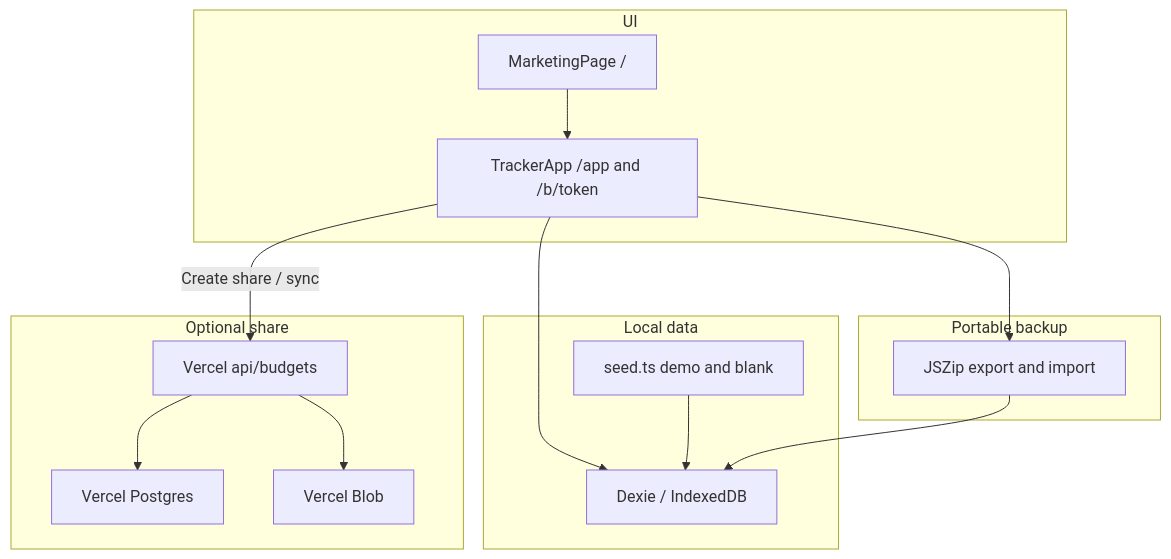
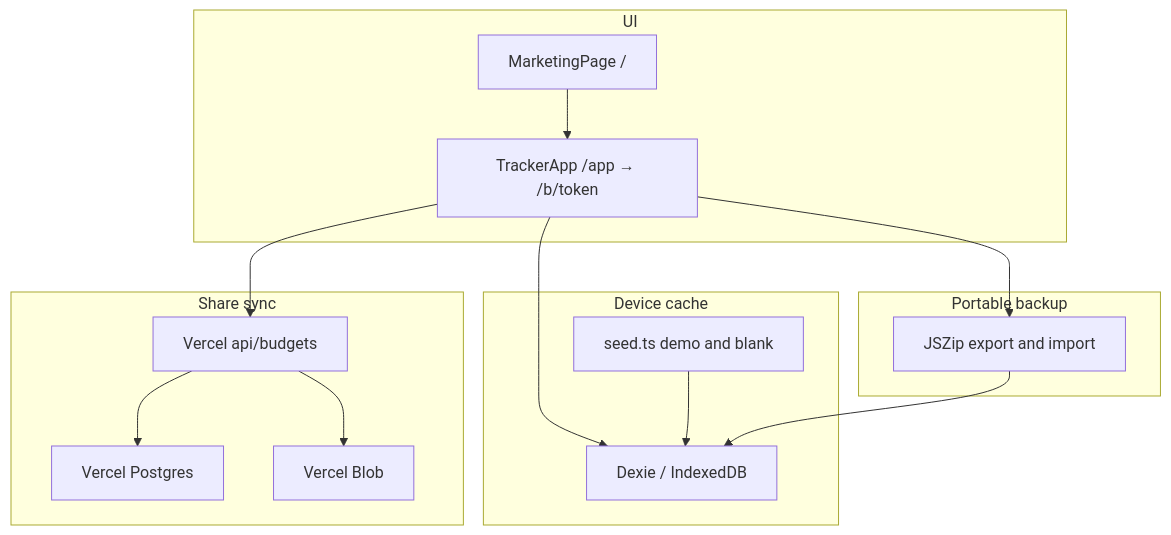
The diagram in docs/architecture.md (smeltery/trousseau), drawn with Mermaid before and after one commit. The commit also changed other lines of this file and 15 other files, not shown here.

````diff
--- a/docs/architecture.md
+++ b/docs/architecture.md
@@ -5,27 +5,27 @@
 ```mermaid
 flowchart TB
   subgraph ui [UI]
     marketing["MarketingPage /"]
-    tracker["TrackerApp /app and /b/token"]
+    tracker["TrackerApp /app → /b/token"]
   end
-  subgraph data [Local data]
+  subgraph cache [Device cache]
     dexie["Dexie / IndexedDB"]
     seed["seed.ts demo and blank"]
   end
   subgraph io [Portable backup]
     zip["JSZip export and import"]
   end
-  subgraph cloud [Optional share]
+  subgraph cloud [Share sync]
     api["Vercel api/budgets"]
     pg["Vercel Postgres"]
     blob["Vercel Blob"]
   end
   marketing --> tracker
   tracker --> dexie
   seed --> dexie
   tracker --> zip
   zip --> dexie
-  tracker -->|"Create share / sync"| api
+  tracker --> api
   api --> pg
   api --> blob
 ```
````
